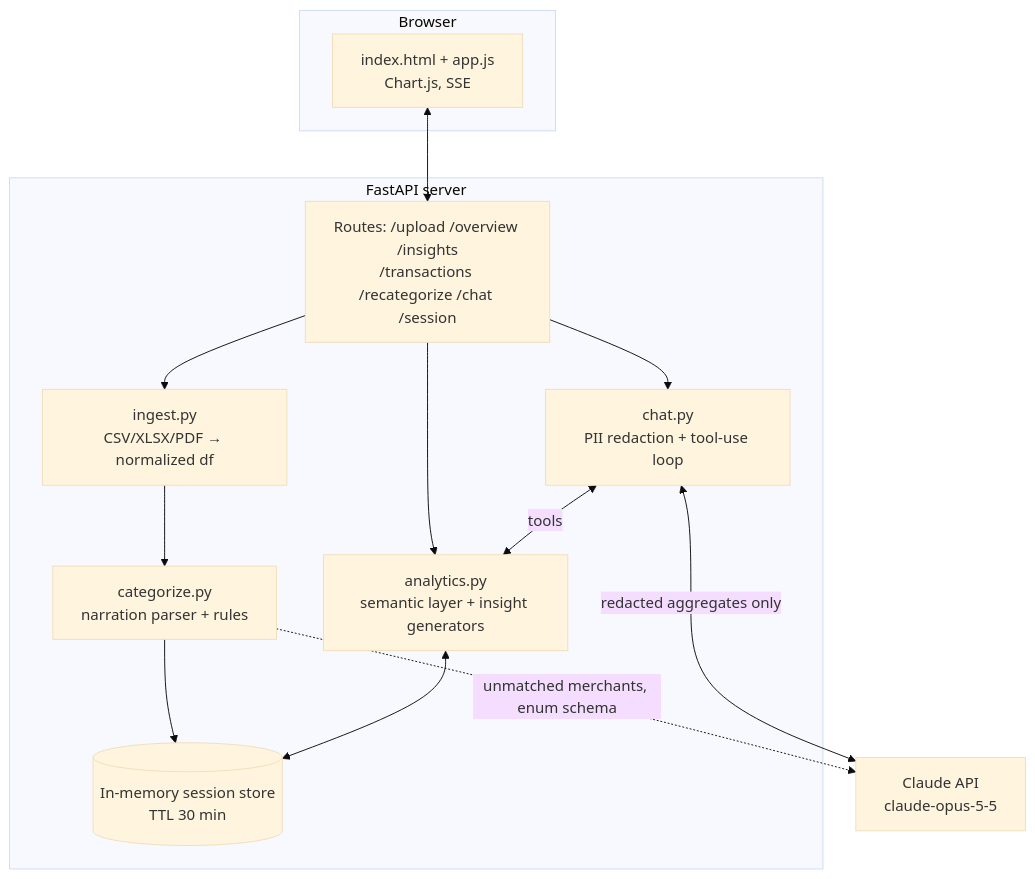
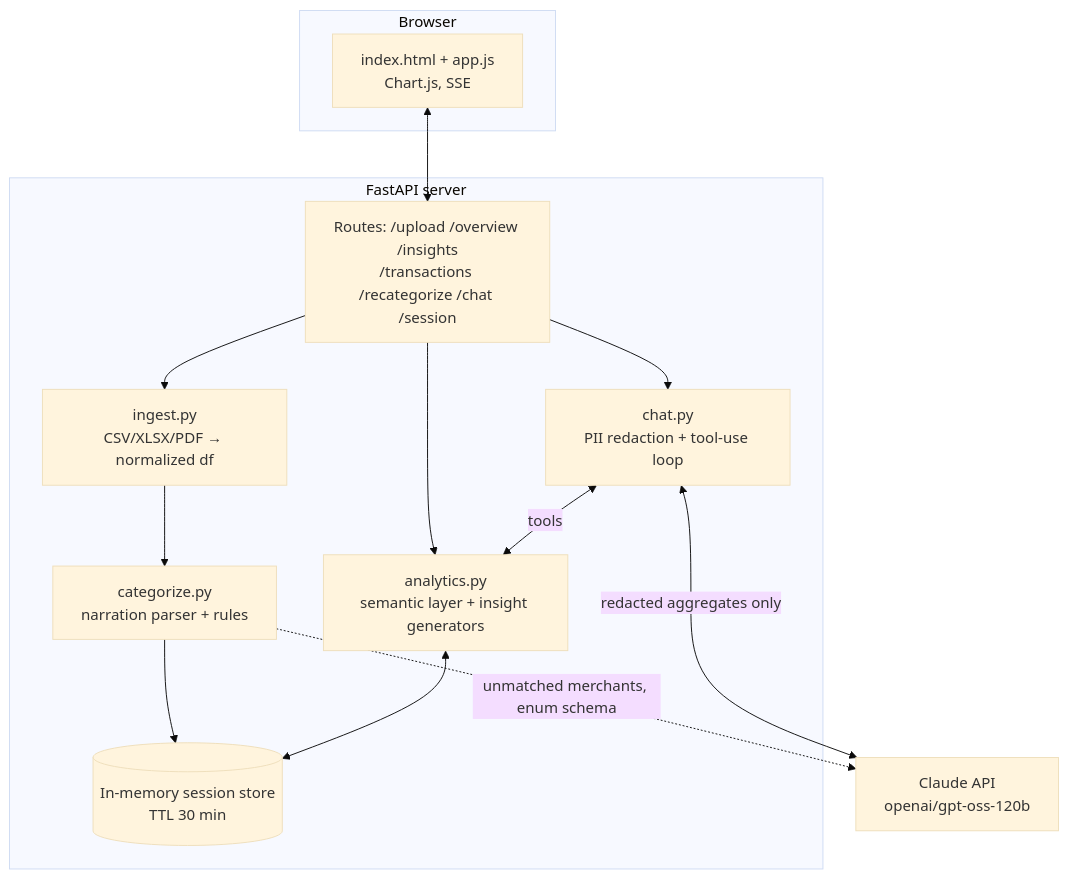
One commit to Akarshakk/RGIT_Hack_Round0 changed the second of 3 diagrams in presentation_reference.md. Above: the diagram before and after it, drawn with Mermaid (base theme). The commit also changed other lines of this file and 5 other files, not shown here.

````diff
--- a/presentation_reference.md
+++ b/presentation_reference.md
@@ -141,23 +141,23 @@
 ```mermaid
 flowchart TB
   subgraph Browser
     UI[index.html + app.js<br/>Chart.js, SSE]
   end
   subgraph FastAPI server
     R[Routes: /upload /overview /insights<br/>/transactions /recategorize /chat /session]
     ING[ingest.py<br/>CSV/XLSX/PDF → normalized df]
     CAT[categorize.py<br/>narration parser + rules]
     AN[analytics.py<br/>semantic layer + insight generators]
     CH[chat.py<br/>PII redaction + tool-use loop]
     S[(In-memory session store<br/>TTL 30 min)]
   end
-  LLM[Claude API<br/>claude-opus-5-5]
+  LLM[Claude API<br/>openai/gpt-oss-120b]
   UI <--> R
   R --> ING --> CAT --> S
   CAT -. unmatched merchants, enum schema .-> LLM
   R --> AN
   AN <--> S
   R --> CH
   CH <-- tools --> AN
   CH <-- redacted aggregates only --> LLM
 ```
````
